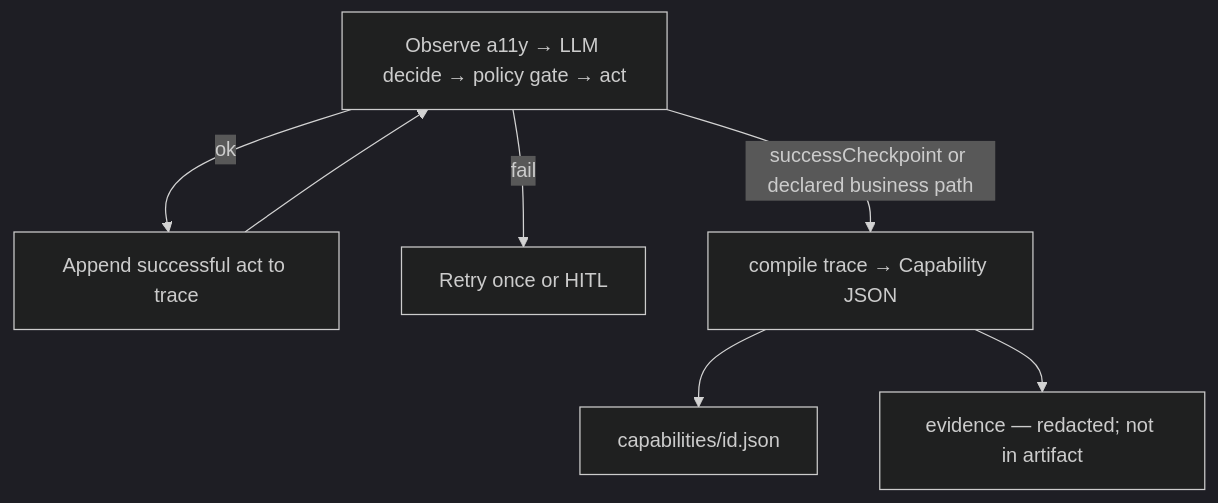
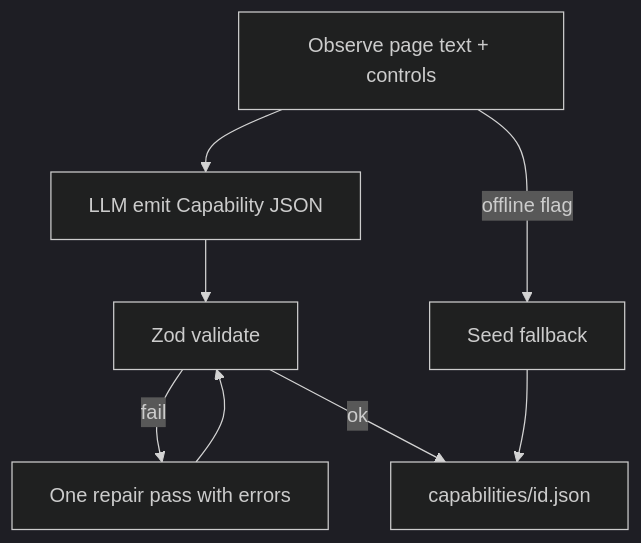
The diagram in docs/discovery-emission.md (vishwaksena-dingari/computer-use-automation), drawn with Mermaid (dark theme) before and after one commit. The commit also changed other lines of this file and 13 other files, not shown here.

First line of the commit message:
Upgrade discovery to locator-only LLM emit with code-owned skeleton.

````diff
--- a/docs/discovery-emission.md
+++ b/docs/discovery-emission.md
@@ -7,9 +17,10 @@
 ```mermaid
 flowchart TD
-  LOOP[Observe a11y → LLM decide → policy gate → act] -->|ok| TRACE[Append successful act to trace]
-  LOOP -->|fail| RETRY[Retry once or HITL]
-  TRACE --> LOOP
-  LOOP -->|successCheckpoint or declared business path| COMPILE[compile trace → Capability JSON]
-  COMPILE --> CAP[capabilities/id.json]
-  COMPILE --> EV[evidence — redacted; not in artifact]
+  OBS[Observe page text + controls] --> LLM[LLM emit Capability JSON]
+  LLM --> ZOD[Zod validate]
+  ZOD -->|fail| REPAIR[One repair pass with errors]
+  REPAIR --> ZOD
+  ZOD -->|ok| CAP[capabilities/id.json]
+  OBS -->|offline flag| SEED[Seed fallback]
+  SEED --> CAP
 ```
````
